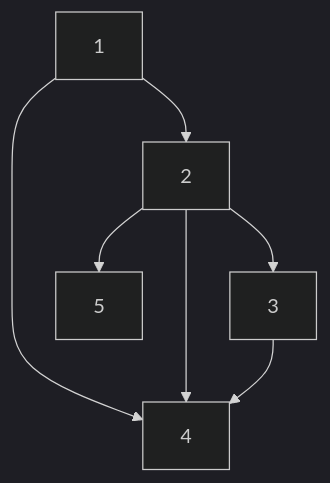
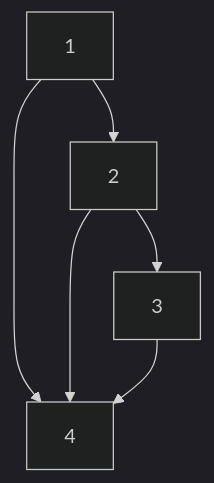
The second of 2 diagrams in docs/reference/operations-guide/core.md (gchq/gaffer-doc), drawn with Mermaid (dark theme) before and after one commit. The commit also changed other lines of this file and 5 other files, not shown here.

````diff
--- a/docs/reference/operations-guide/core.md
+++ b/docs/reference/operations-guide/core.md
@@ -159,9 +165,8 @@
     ``` mermaid
     graph TD
       1 --> 2
       1 --> 4
       2 --> 3
       2 --> 4
-      2 --> 5
       3 --> 4
     ```
````
